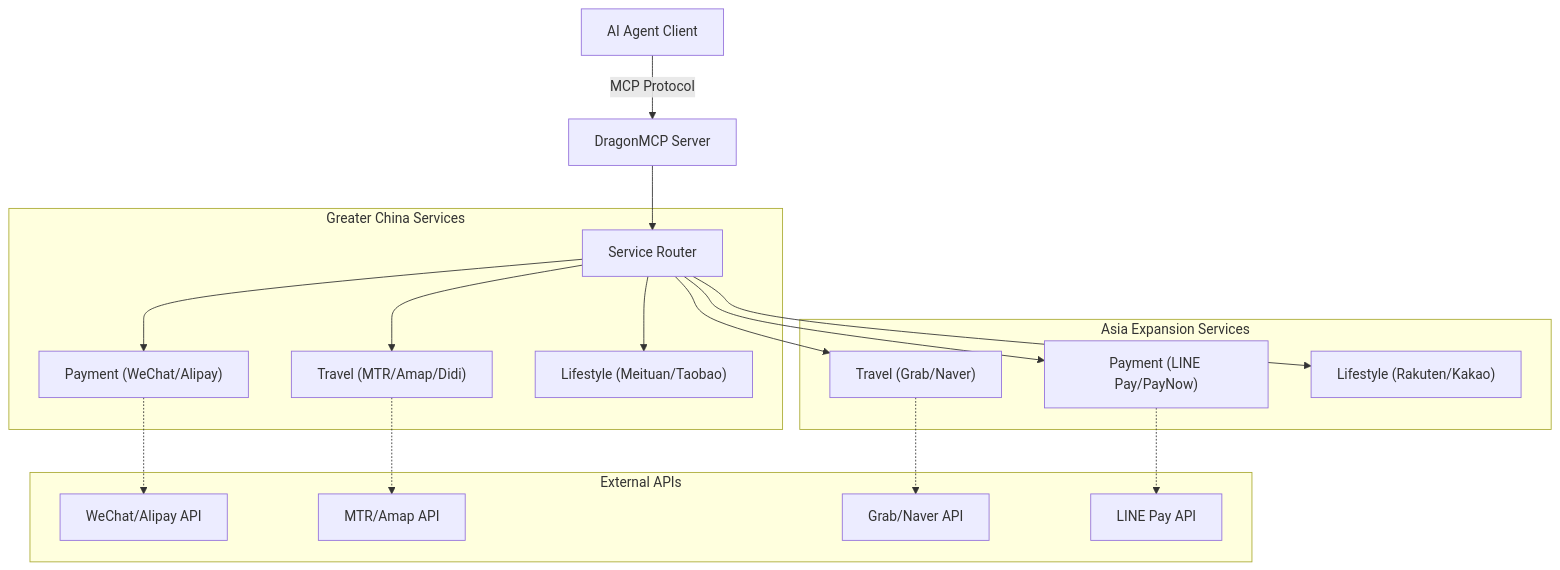
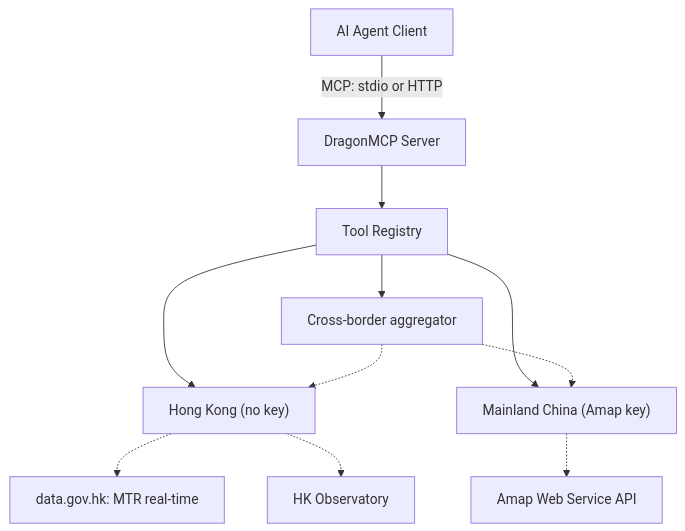
One commit to arthurpanhku/DragonMCP changed the diagram in README.md. Above: the diagram before and after it, drawn with Mermaid. The commit also changed other lines of this file and 35 other files, not shown here.

First line of the commit message:
Refocus on Hong Kong and cross-border open data; remove all mocks

````diff
--- a/README.md
+++ b/README.md
@@ -84,24 +143,15 @@
 ```mermaid
 graph TD
-    A[AI Agent Client] -->|MCP Protocol| B[DragonMCP Server]
-    B --> C[Service Router]
-    
-    subgraph "Greater China Services"
-        C --> D["Payment (WeChat/Alipay)"]
-        C --> E["Travel (MTR/Amap/Didi)"]
-        C --> F["Lifestyle (Meituan/Taobao)"]
-    end
+    A[AI Agent Client] -->|MCP: stdio or HTTP| B[DragonMCP Server]
+    B --> C[Tool Registry]
 
-    subgraph "Asia Expansion Services"
-        C --> G["Travel (Grab/Naver)"]
-        C --> H["Payment (LINE Pay/PayNow)"]
-        C --> I["Lifestyle (Rakuten/Kakao)"]
-    end
-    
-    subgraph "External APIs"
-        D -.-> J[WeChat/Alipay API]
-        E -.-> K[MTR/Amap API]
-        G -.-> L[Grab/Naver API]
-        H -.-> M[LINE Pay API]
-    end
+    C --> D["Hong Kong (no key)"]
+    C --> E["Mainland China (Amap key)"]
+    C --> F["Cross-border aggregator"]
+
+    D -.-> G[data.gov.hk: MTR real-time]
+    D -.-> H[HK Observatory]
+    E -.-> I[Amap Web Service API]
+    F -.-> D
+    F -.-> E
 ```
````
